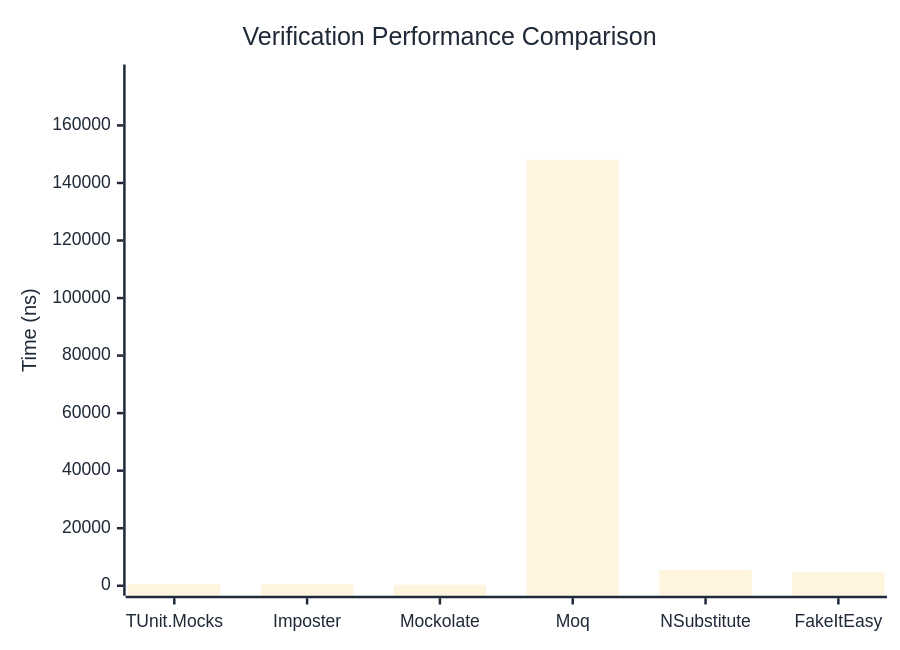
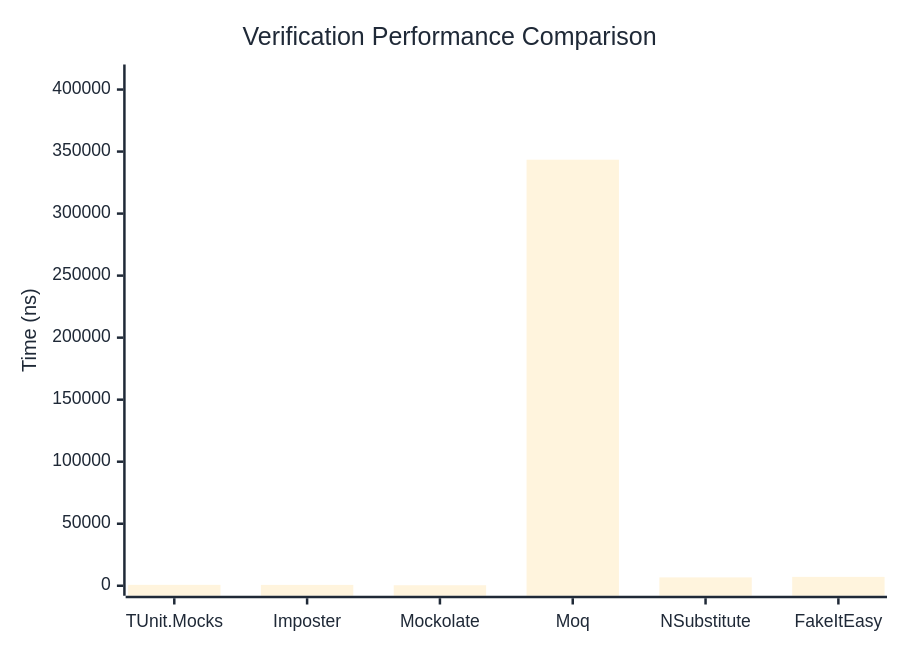
Before and after one commit to zion-sati/TUnit-NetWasm: the first of 3 diagrams in docs/docs/benchmarks/mocks/Verification.md, drawn with Mermaid. The commit also changed other lines of this file and 294 other files, not shown here.

````diff
--- a/docs/docs/benchmarks/mocks/Verification.md
+++ b/docs/docs/benchmarks/mocks/Verification.md
@@ -30,27 +30,27 @@
 ```mermaid
 %%{init: {
   'theme':'base',
   'themeVariables': {
     'primaryColor': '#2563eb',
     'primaryTextColor': '#1f2937',
     'primaryBorderColor': '#1e40af',
     'lineColor': '#6b7280',
     'secondaryColor': '#7c3aed',
     'tertiaryColor': '#dc2626',
     'background': '#ffffff',
     'pie1': '#2563eb',
     'pie2': '#7c3aed',
     'pie3': '#dc2626',
     'pie4': '#f59e0b',
     'pie5': '#10b981',
     'pie6': '#06b6d4',
     'pie7': '#ec4899',
     'pie8': '#6366f1'
   }
 }}%%
 xychart-beta
   title "Verification Performance Comparison"
   x-axis ["TUnit.Mocks", "Imposter", "Mockolate", "Moq", "NSubstitute", "FakeItEasy"]
-  y-axis "Time (ns)" 0 --> 177701
-  bar [623.47, 571.24, 361.88, 148083.9, 5536.94, 4603.43]
+  y-axis "Time (ns)" 0 --> 412128
+  bar [721.27, 682.34, 407.94, 343440, 6731.68, 7158.32]
 ```
````
